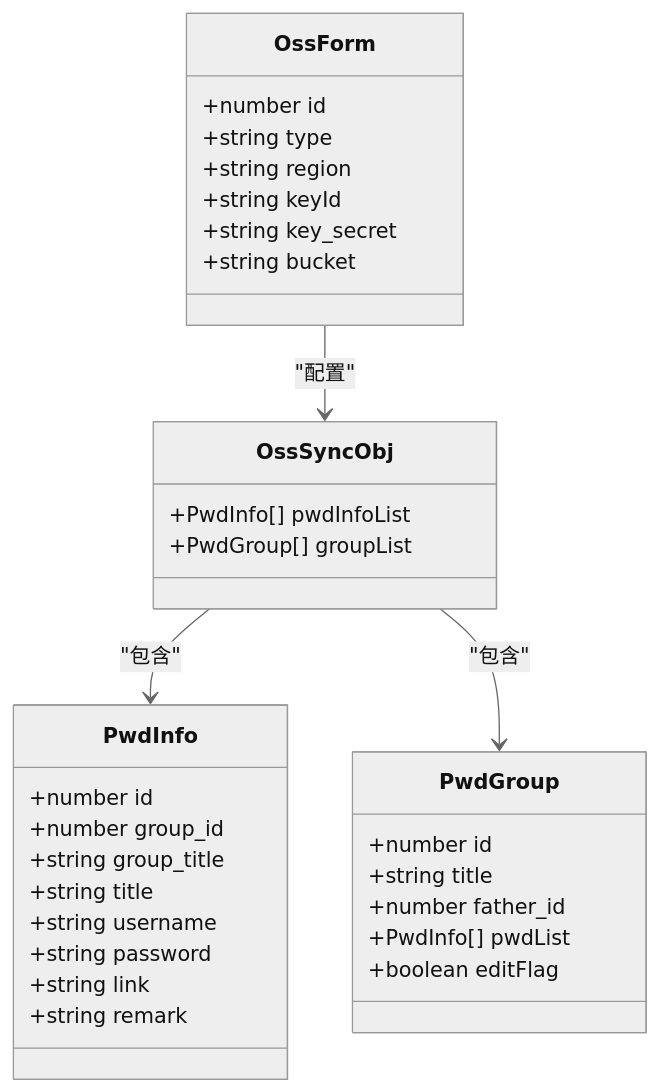
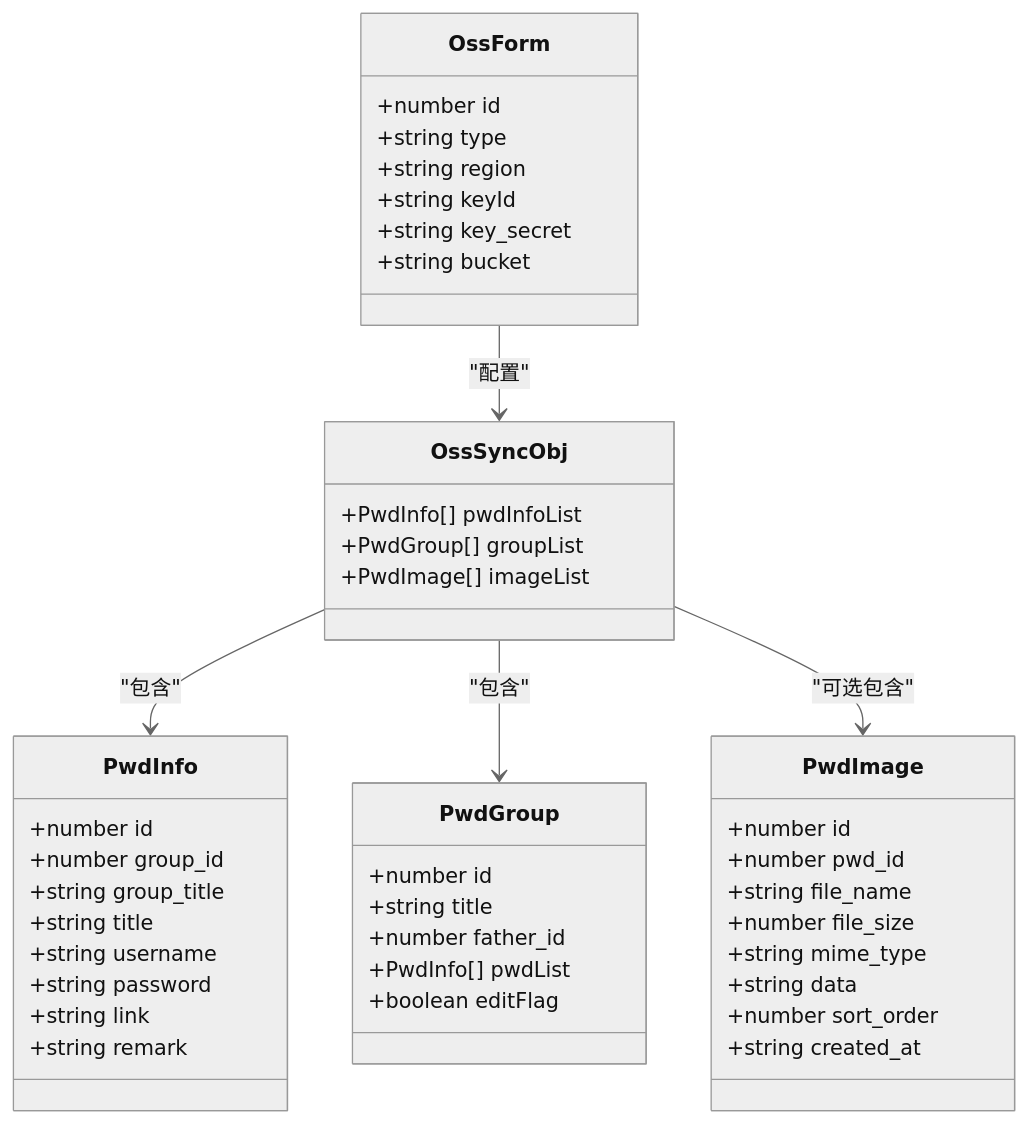
Before and after one commit to scgithub3220216/password-manager: the second of 14 diagrams in .qoder/repowiki/zh/content/API参考手册/业务逻辑API/数据同步API.md, drawn with Mermaid (neutral theme). The commit also changed other lines of this file and 15 other files, not shown here.

First line of the commit message:
feat(sync): 增强数据同步以支持图像数据管理

````diff
--- a/.qoder/repowiki/zh/content/API参考手册/业务逻辑API/数据同步API.md
+++ b/.qoder/repowiki/zh/content/API参考手册/业务逻辑API/数据同步API.md
@@ -85,35 +95,47 @@
 ```mermaid
 classDiagram
 class OssSyncObj {
 +PwdInfo[] pwdInfoList
 +PwdGroup[] groupList
++PwdImage[] imageList
 }
 class OssForm {
 +number id
 +string type
 +string region
 +string keyId
 +string key_secret
 +string bucket
 }
 class PwdInfo {
 +number id
 +number group_id
 +string group_title
 +string title
 +string username
 +string password
 +string link
 +string remark
 }
 class PwdGroup {
 +number id
 +string title
 +number father_id
 +PwdInfo[] pwdList
 +boolean editFlag
 }
+class PwdImage {
++number id
++number pwd_id
++string file_name
++number file_size
++string mime_type
++string data
++number sort_order
++string created_at
+}
 OssSyncObj --> PwdInfo : "包含"
 OssSyncObj --> PwdGroup : "包含"
+OssSyncObj --> PwdImage : "可选包含"
 OssForm --> OssSyncObj : "配置"
 ```
````
